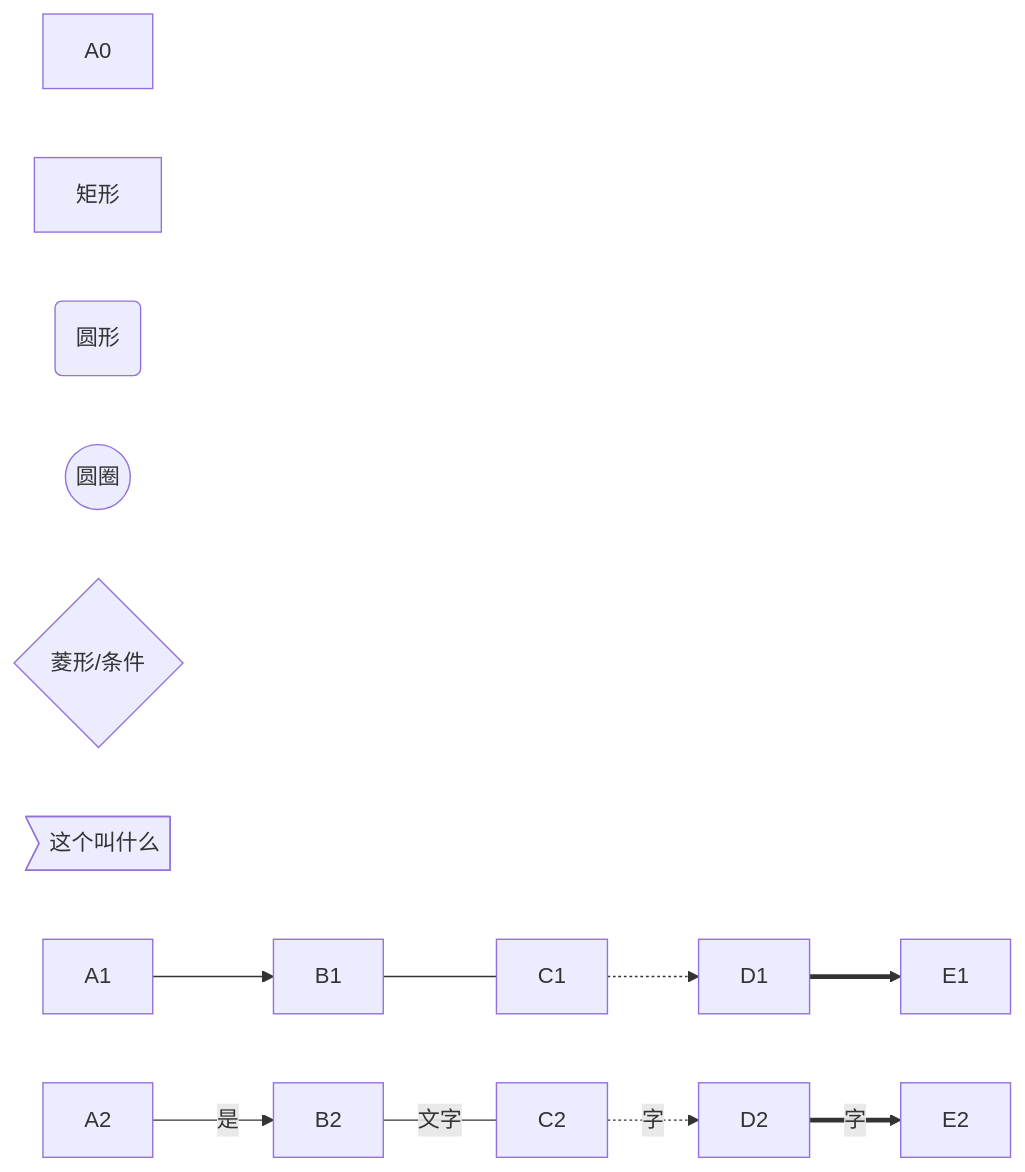
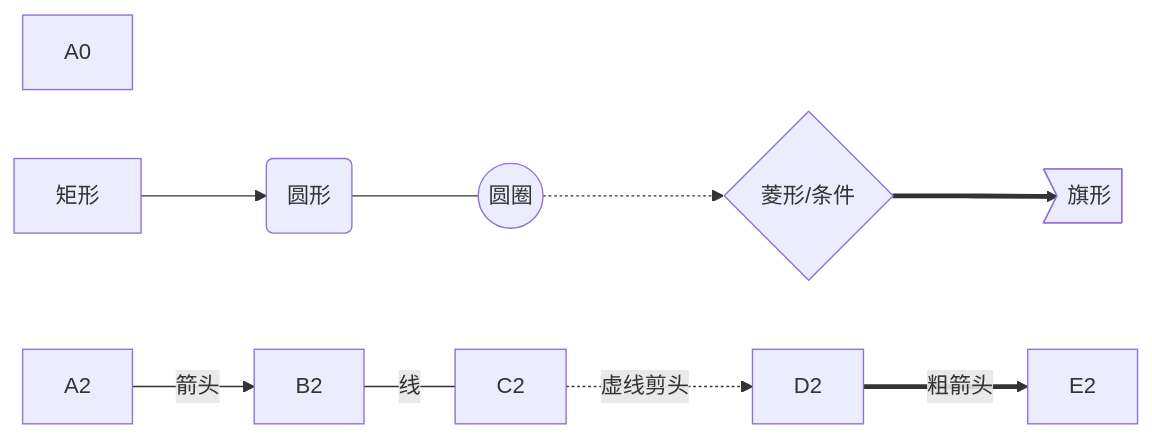
Before and after one commit to guofei9987/guofei9987.github.io: the first of 11 diagrams in _posts/0_合集/建站日志/2017-02-02-markdown.md, drawn with Mermaid. The commit also changed other lines of this file and 4 other files, not shown here.

```diff
--- a/_posts/0_合集/建站日志/2017-02-02-markdown.md
+++ b/_posts/0_合集/建站日志/2017-02-02-markdown.md
@@ -302,14 +297,9 @@
 <div class="mermaid">
 graph LR
 
 A0
-A[矩形] 
-B(圆形)
-C((圆圈))
-D{菱形/条件}
-E>这个叫什么]
 
-A1 --> B1 --- C1 -.-> D1 ==> E1
+A1[矩形] --> B1(圆形) --- C1((圆圈)) -.-> D1{菱形/条件} ==> E1>旗形]
 
-A2 -->|是| B2 ---|文字| C2 -.->|字| D2 ==>|字| E2
+A2 -->|箭头| B2 ---|线| C2 -.->|虚线剪头| D2 ==>|粗箭头| E2
 </div>
```
